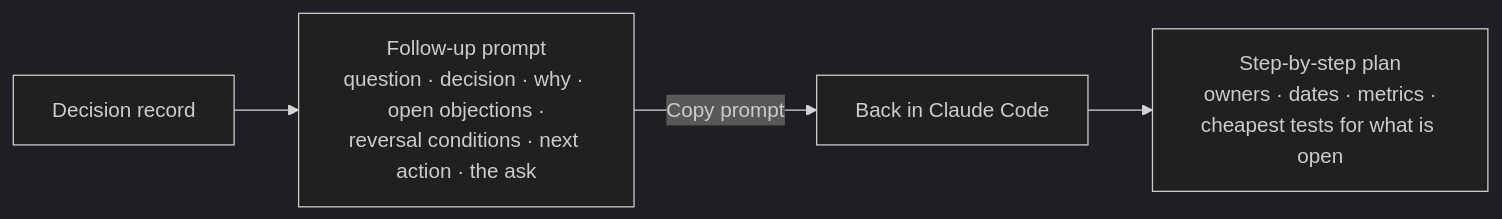
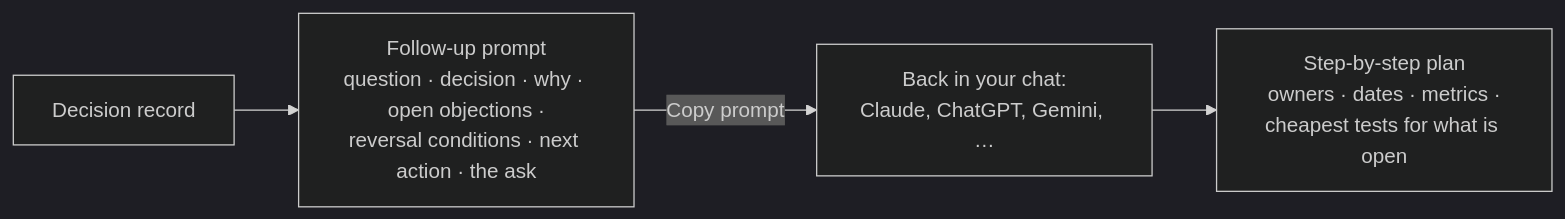
One commit to mbuon/strategy-tribunal changed the sixth of 6 diagrams in README.md. Above: the diagram before and after it, drawn with Mermaid (dark theme). The commit also changed other lines of this file and 8 other files, not shown here.

````diff
--- a/README.md
+++ b/README.md
@@ -132,6 +137,6 @@
 ```mermaid
 flowchart LR
     DR[Decision record] --> FU[Follow-up prompt<br/>question · decision · why · open objections ·<br/>reversal conditions · next action · the ask]
-    FU -- "Copy prompt" --> CHAT[Back in Claude Code]
+    FU -- "Copy prompt" --> CHAT[Back in your chat:<br/>Claude, ChatGPT, Gemini, …]
     CHAT --> PLAN[Step-by-step plan<br/>owners · dates · metrics ·<br/>cheapest tests for what is open]
 ```
````
